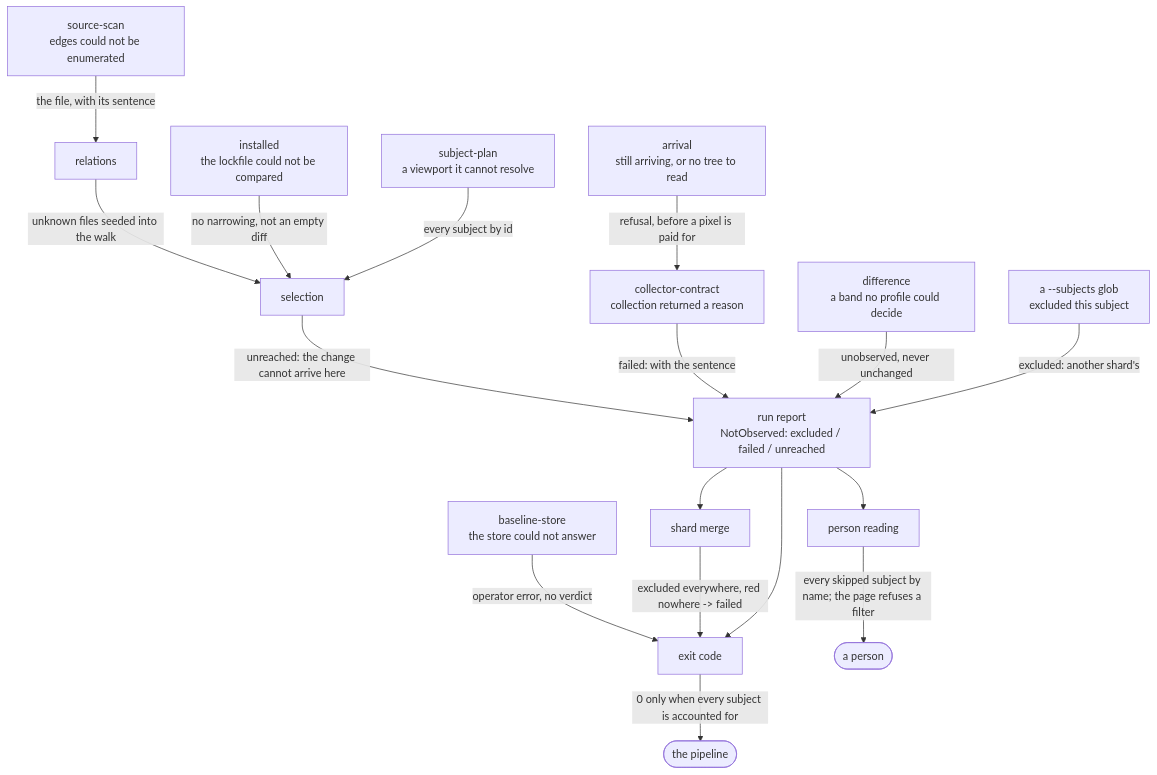
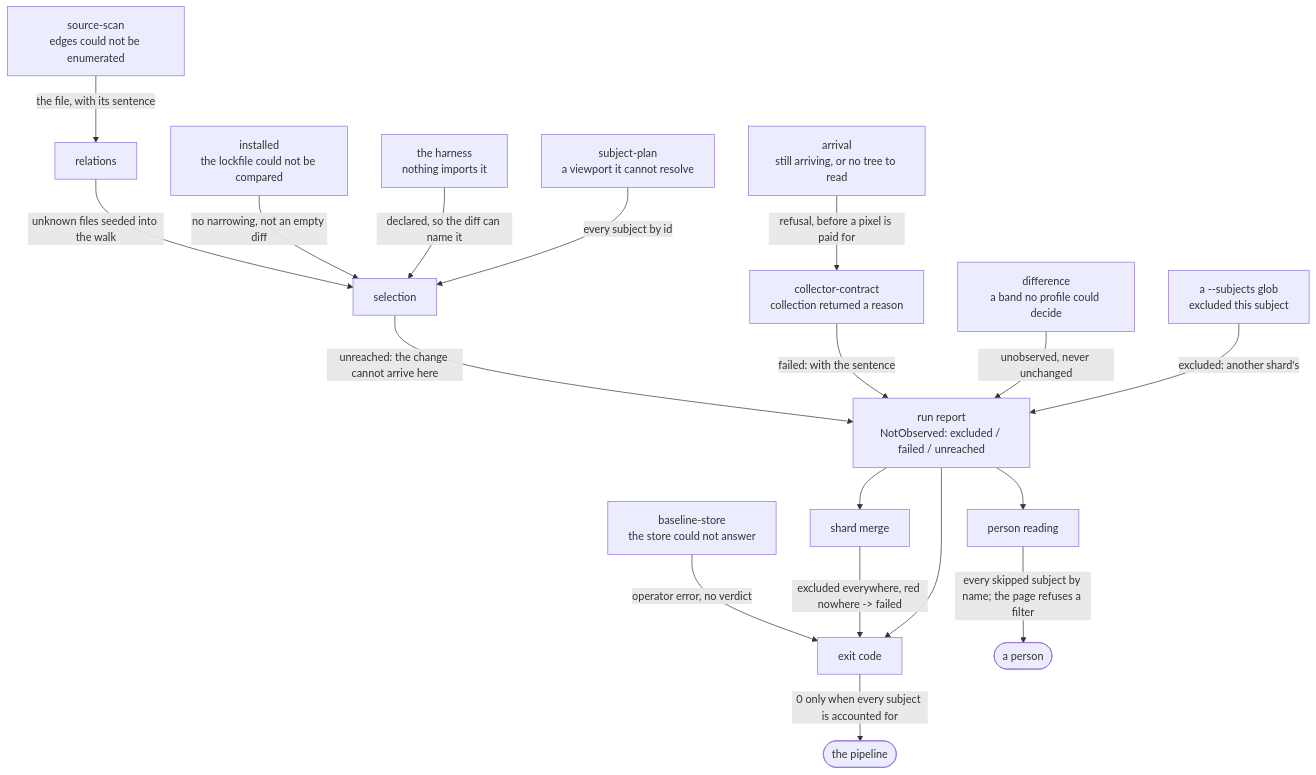
One commit to Variance-Authority/variance-authority changed the third of 4 diagrams in .compass/variance-authority/VIEWPORTS.md. Above: the diagram before and after it, drawn with Mermaid. The commit also changed other lines of this file and 24 other files, not shown here.

````diff
--- a/.compass/variance-authority/VIEWPORTS.md
+++ b/.compass/variance-authority/VIEWPORTS.md
@@ -511,23 +513,24 @@
 ```mermaid
 flowchart TB
   SCAN[source-scan<br/>edges could not be enumerated] -->|the file, with its sentence| REL[relations]
   REL -->|unknown files seeded into the walk| SEL[selection]
   INS[installed<br/>the lockfile could not be compared] -->|no narrowing, not an empty diff| SEL
+  BEFORE[the harness<br/>nothing imports it] -->|declared, so the diff can name it| SEL
   PLAN[subject-plan<br/>a viewport it cannot resolve] -->|every subject by id| SEL
   SEL -->|"unreached: the change cannot arrive here"| RR
 
   COLL[collector-contract<br/>collection returned a reason] -->|"failed: with the sentence"| RR
   ARR[arrival<br/>still arriving, or no tree to read] -->|refusal, before a pixel is paid for| COLL
   STORE[baseline-store<br/>the store could not answer] -->|operator error, no verdict| EXIT
   DIFF[difference<br/>a band no profile could decide] -->|"unobserved, never unchanged"| RR
   SHARD[a --subjects glob<br/>excluded this subject] -->|"excluded: another shard's"| RR
 
   RR[run report<br/>NotObserved: excluded / failed / unreached]
   RR --> SM[shard merge]
   SM -->|excluded everywhere, red nowhere -> failed| EXIT
   RR --> EXIT[exit code]
   RR --> PR[person reading]
 
   EXIT -->|0 only when every subject is accounted for| CI([the pipeline])
   PR -->|every skipped subject by name; the page refuses a filter| PERSON([a person])
 ```
````
